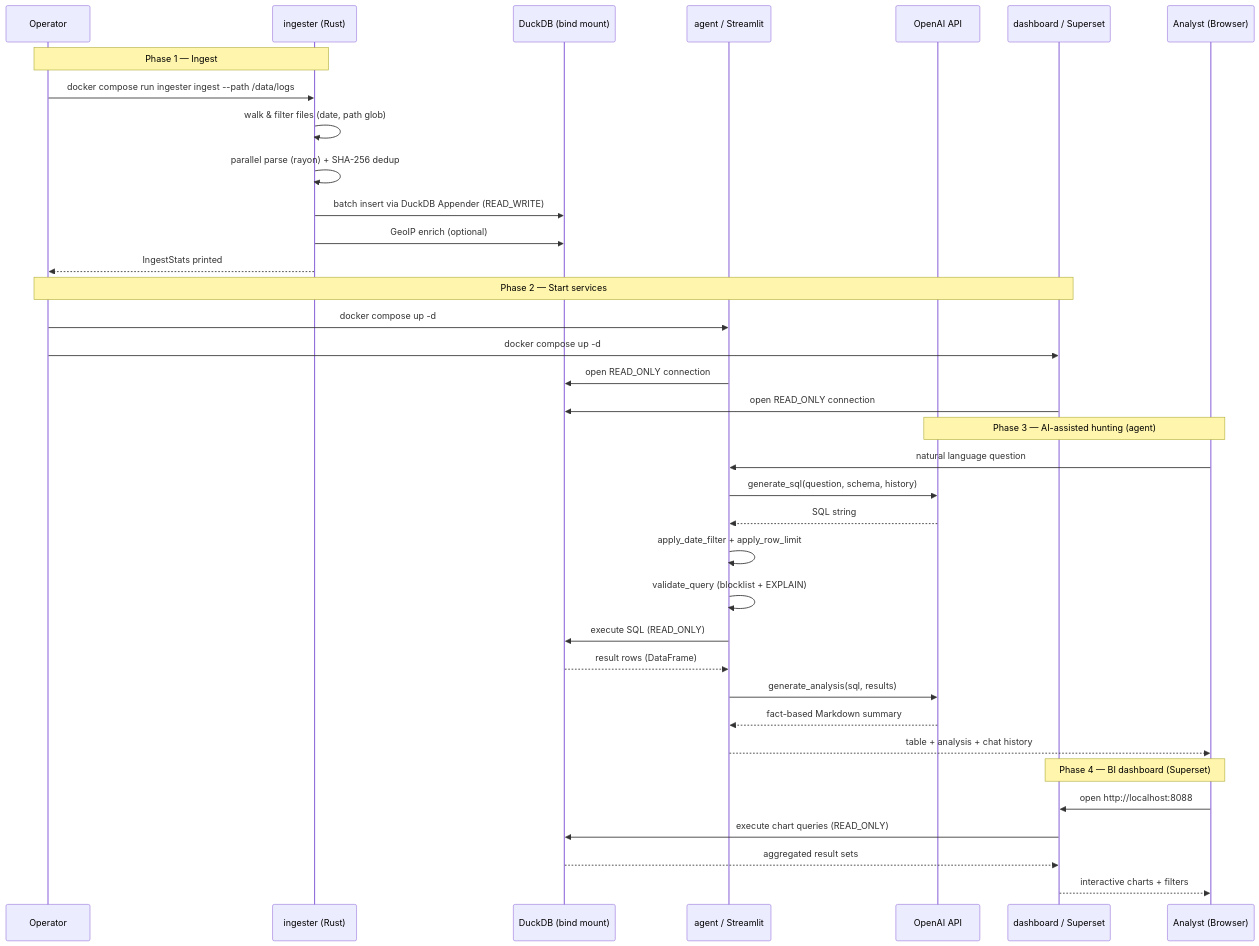
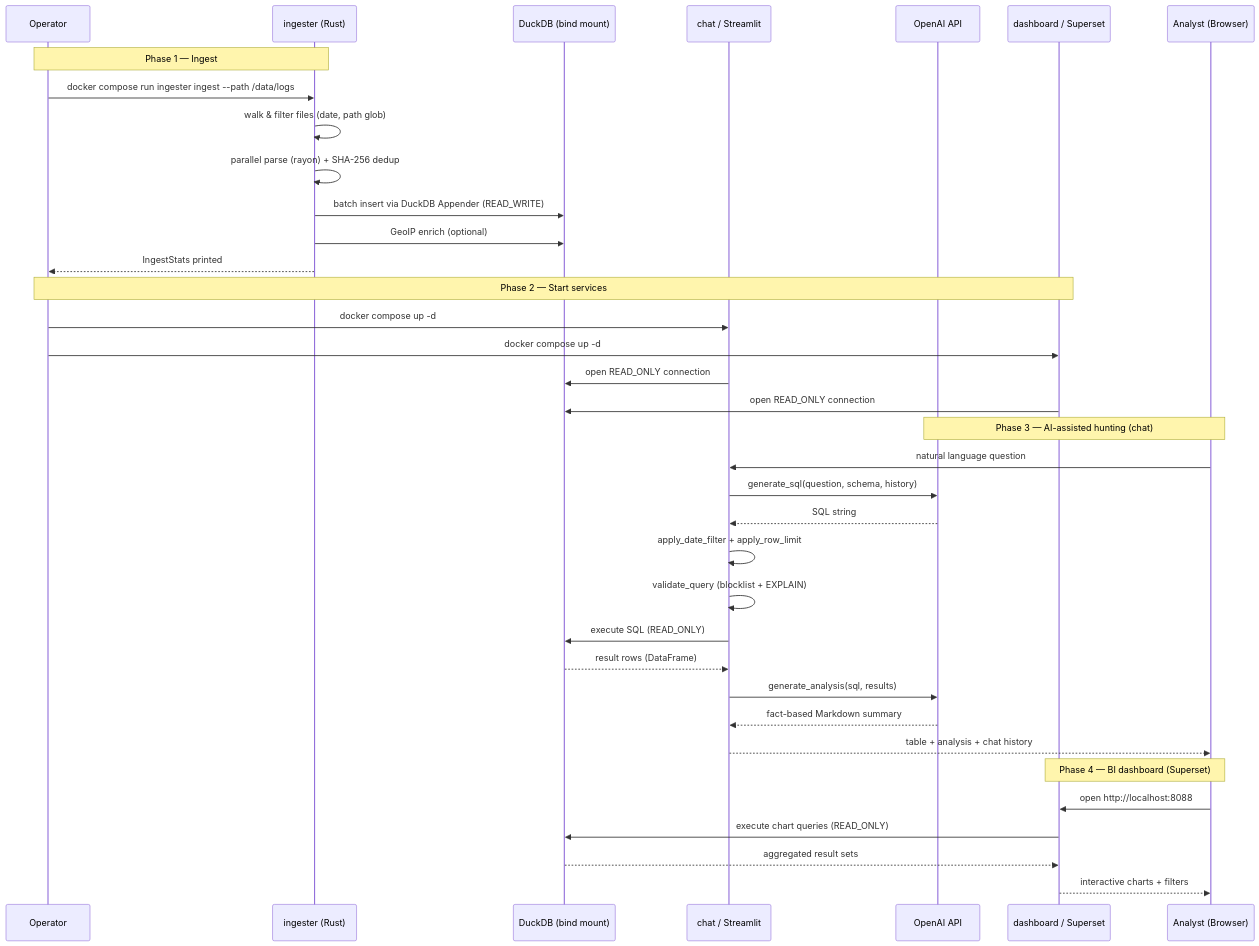
One commit to fukusuket/THuntCloud changed the diagram in README.md. Above: the diagram before and after it, drawn with Mermaid. The commit also changed other lines of this file, not shown here.

Commit message:
docs: update README to reflect AI Chat terminology and enhance clarity

````diff
--- a/README.md
+++ b/README.md
@@ -64,42 +64,42 @@
 ```mermaid
 sequenceDiagram
     participant OPS  as Operator
     participant ING  as ingester (Rust)
     participant DB   as DuckDB (bind mount)
-    participant APP  as agent / Streamlit
+    participant APP  as chat / Streamlit
     participant OAI  as OpenAI API
     participant SS   as dashboard / Superset
     participant U    as Analyst (Browser)
 
     Note over OPS,ING: Phase 1 — Ingest
     OPS->>ING: docker compose run ingester ingest --path /data/logs
     ING->>ING: walk & filter files (date, path glob)
     ING->>ING: parallel parse (rayon) + SHA-256 dedup
     ING->>DB: batch insert via DuckDB Appender (READ_WRITE)
     ING->>DB: GeoIP enrich (optional)
     ING-->>OPS: IngestStats printed
 
     Note over OPS,SS: Phase 2 — Start services
     OPS->>APP: docker compose up -d
     OPS->>SS: docker compose up -d
     APP->>DB: open READ_ONLY connection
     SS->>DB: open READ_ONLY connection
 
-    Note over U,OAI: Phase 3 — AI-assisted hunting (agent)
+    Note over U,OAI: Phase 3 — AI-assisted hunting (chat)
     U->>APP: natural language question
     APP->>OAI: generate_sql(question, schema, history)
     OAI-->>APP: SQL string
     APP->>APP: apply_date_filter + apply_row_limit
     APP->>APP: validate_query (blocklist + EXPLAIN)
     APP->>DB: execute SQL (READ_ONLY)
     DB-->>APP: result rows (DataFrame)
     APP->>OAI: generate_analysis(sql, results)
     OAI-->>APP: fact-based Markdown summary
     APP-->>U: table + analysis + chat history
 
     Note over U,SS: Phase 4 — BI dashboard (Superset)
     U->>SS: open http://localhost:8088
     SS->>DB: execute chart queries (READ_ONLY)
     DB-->>SS: aggregated result sets
     SS-->>U: interactive charts + filters
 ```
````
